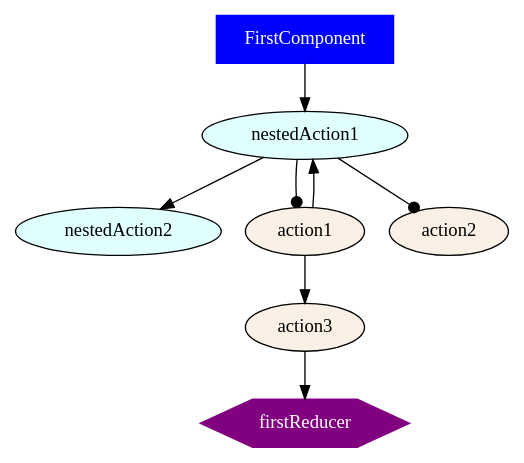
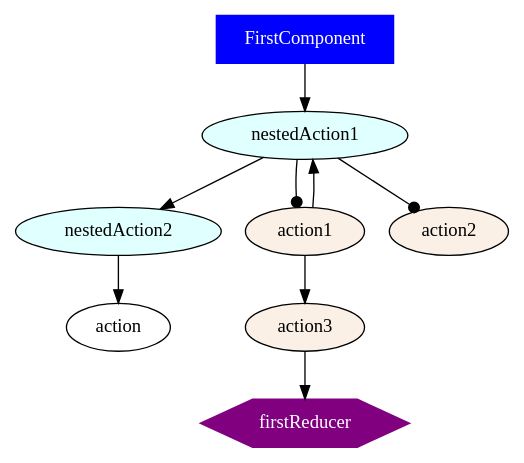
One commit to ammarnajjar/ngrx-graph changed the diagram in docs/examples/case2/out/all.dot. Above: the diagram before and after it, drawn with Graphviz. The commit also changed 50 other files, not shown here.

First line of the commit message:
feat: add DOT file generation and SVG support for action graphs

```diff
--- a/docs/examples/case2/out/all.dot
+++ b/docs/examples/case2/out/all.dot
@@ -1,16 +1,17 @@
 digraph {
 FirstComponent [shape="box", color=blue, fillcolor=blue, fontcolor=white, style=filled]
 nestedAction1 [color=black, fillcolor=lightcyan, fontcolor=black, style=filled]
 nestedAction2 [color=black, fillcolor=lightcyan, fontcolor=black, style=filled]
 action1 [fillcolor=linen, style=filled]
 action2 [fillcolor=linen, style=filled]
 action3 [fillcolor=linen, style=filled]
 firstReducer [shape="hexagon", color=purple, fillcolor=purple, fontcolor=white, style=filled]
 FirstComponent -> nestedAction1
 action1 -> nestedAction1
 action1 -> action3
 nestedAction1 -> nestedAction2
+nestedAction2 -> action
 action3 -> firstReducer
 nestedAction1 -> action1 [arrowhead=dot]
 nestedAction1 -> action2 [arrowhead=dot]
 }
```
